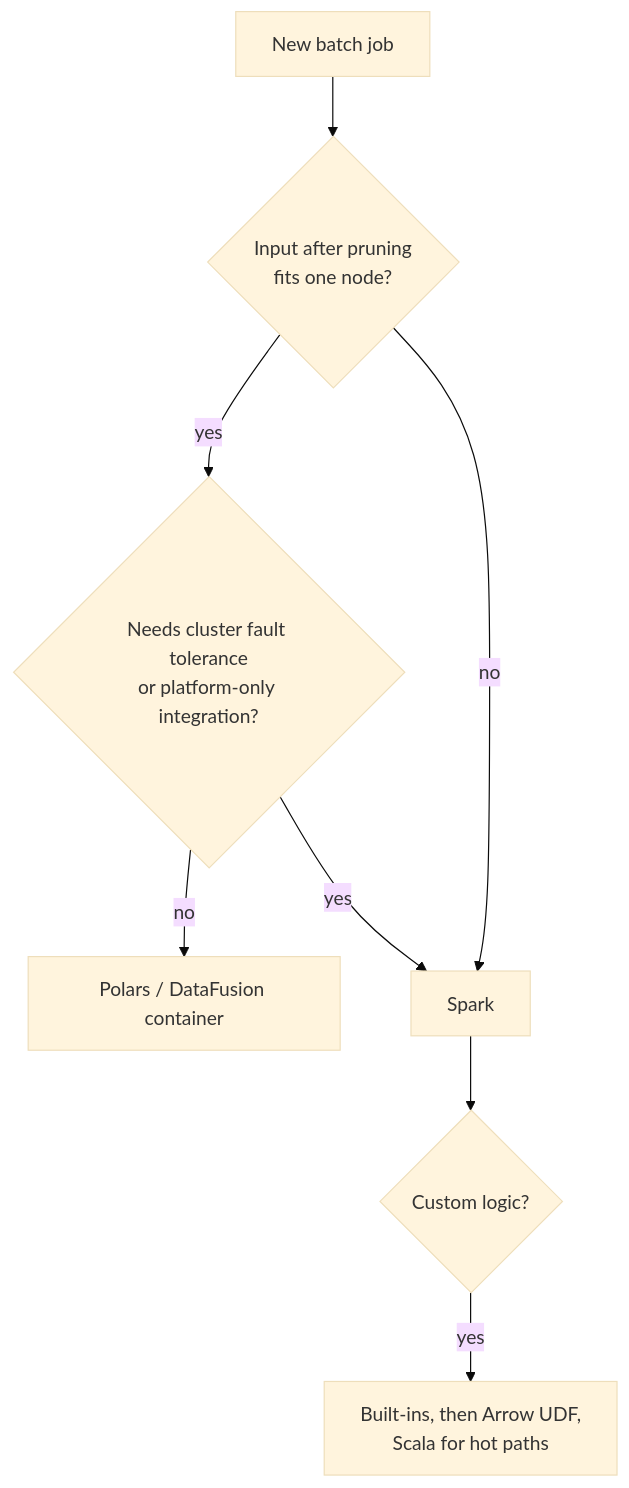
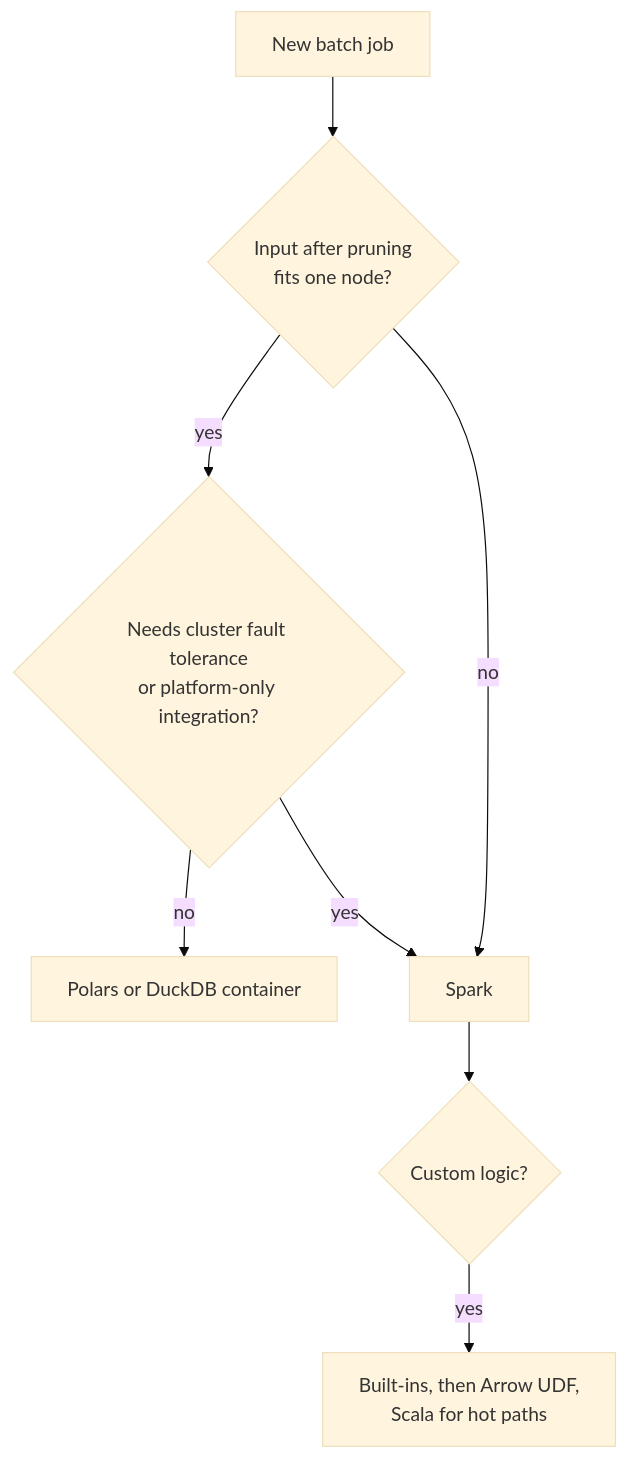
One commit to masterfabric/masterfabric-data-architecture-adr changed the fifth of 5 diagrams in docs/architecture.md. Above: the diagram before and after it, drawn with Mermaid (base theme). The commit also changed other lines of this file, not shown here.

Commit message:
docs(architecture): Flink and schema registry, WAP, DuckDB, canary and feature store, classifier and reranker in the request path, updated Cloudera mapping

````diff
--- a/docs/architecture.md
+++ b/docs/architecture.md
@@ -94,10 +104,10 @@
 ```mermaid
 flowchart TD
   J[New batch job] --> F{Input after pruning<br/>fits one node?}
   F -- yes --> S{Needs cluster fault tolerance<br/>or platform-only integration?}
-  S -- no --> P[Polars / DataFusion container]
+  S -- no --> P[Polars or DuckDB container]
   S -- yes --> SP[Spark]
   F -- no --> SP
   SP --> U{Custom logic?}
   U -- yes --> B[Built-ins, then Arrow UDF,<br/>Scala for hot paths]
 ```
````
